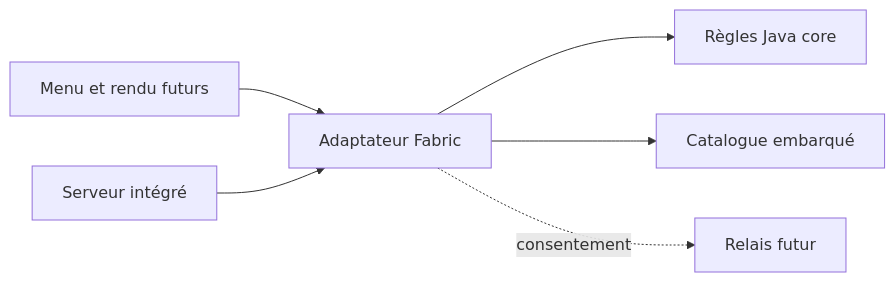
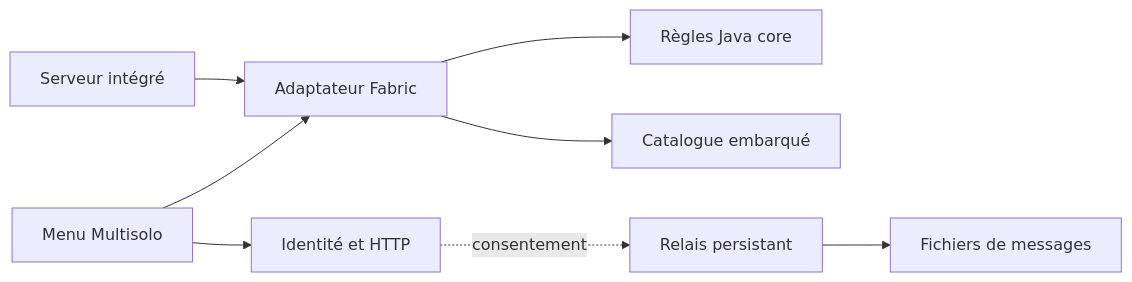
One commit to koka99cab/multisolo changed the diagram in docs/ARCHITECTURE.md. Above: the diagram before and after it, drawn with Mermaid. The commit also changed other lines of this file and 60 other files, not shown here.

````diff
--- a/docs/ARCHITECTURE.md
+++ b/docs/ARCHITECTURE.md
@@ -3,8 +3,10 @@
 ```mermaid
 flowchart LR
-    Menu[Menu et rendu futurs] --> Fabric[Adaptateur Fabric]
+    Menu[Menu Multisolo] --> Fabric[Adaptateur Fabric]
     Server[Serveur intégré] --> Fabric
     Fabric --> Core[Règles Java core]
     Fabric --> Catalog[Catalogue embarqué]
-    Fabric -. consentement .-> Relay[Relais futur]
+    Menu --> Network[Identité et HTTP]
+    Network -. consentement .-> Relay[Relais persistant]
+    Relay --> Disk[Fichiers de messages]
 ```
````
